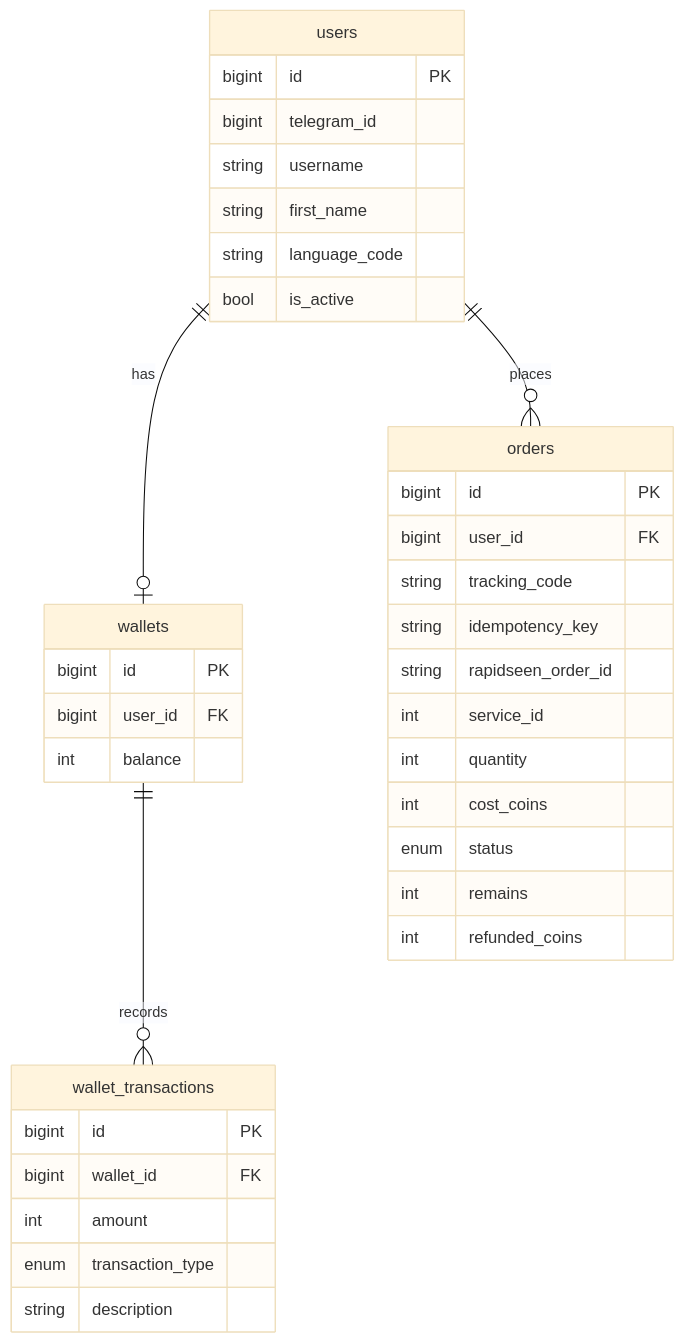
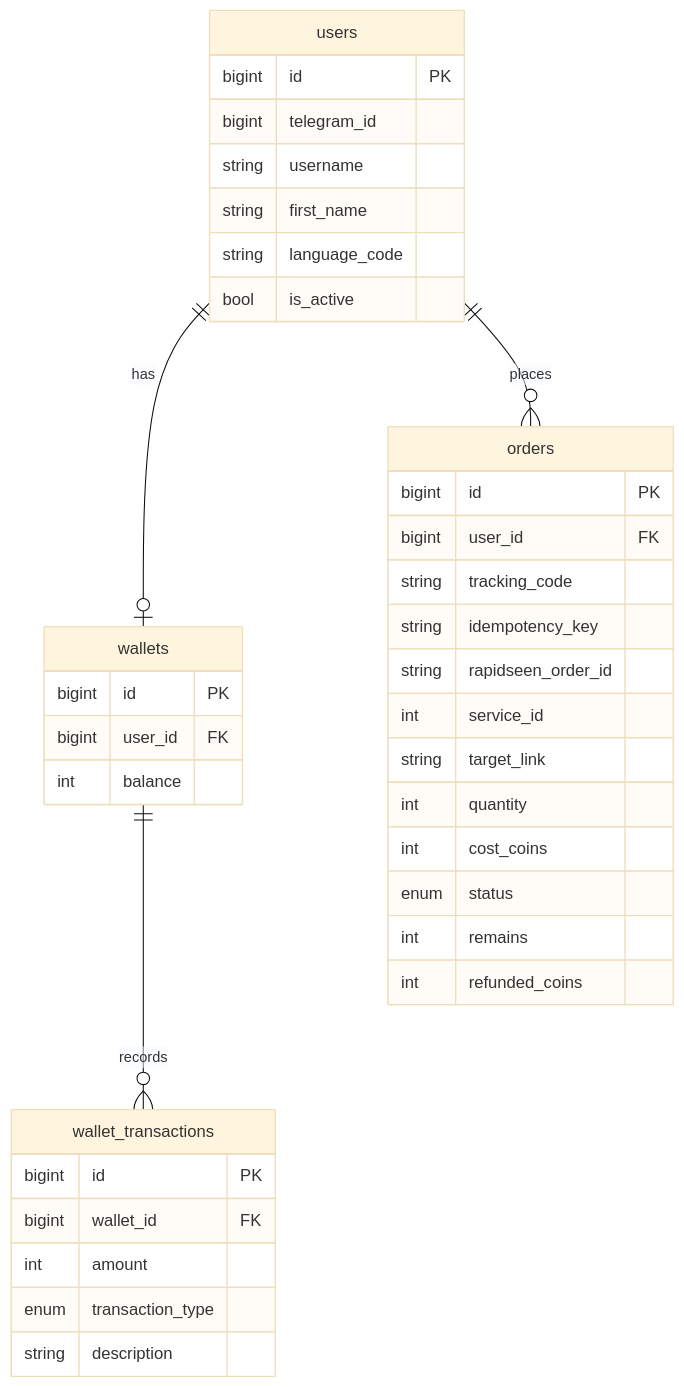
One commit to ftharir/telegram-services-platform changed the second of 2 diagrams in docs/architecture.md. Above: the diagram before and after it, drawn with Mermaid (base theme). The commit also changed 3 other files, not shown here.

````diff
--- a/docs/architecture.md
+++ b/docs/architecture.md
@@ -34,39 +34,40 @@
 ```mermaid
 erDiagram
     users ||--o| wallets : has
     wallets ||--o{ wallet_transactions : records
     users ||--o{ orders : places
     users {
         bigint id PK
         bigint telegram_id
         string username
         string first_name
         string language_code
         bool is_active
     }
     wallets {
         bigint id PK
         bigint user_id FK
         int balance
     }
     wallet_transactions {
         bigint id PK
         bigint wallet_id FK
         int amount
         enum transaction_type
         string description
     }
     orders {
         bigint id PK
         bigint user_id FK
         string tracking_code
         string idempotency_key
         string rapidseen_order_id
         int service_id
+        string target_link
         int quantity
         int cost_coins
         enum status
         int remains
         int refunded_coins
     }
 ```
````
